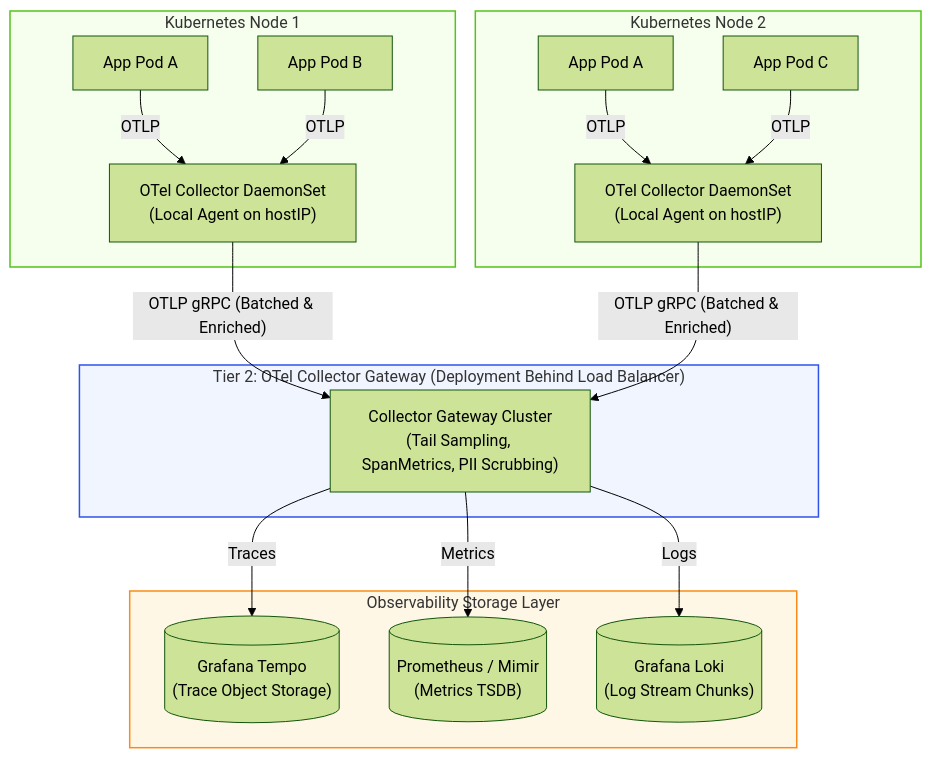
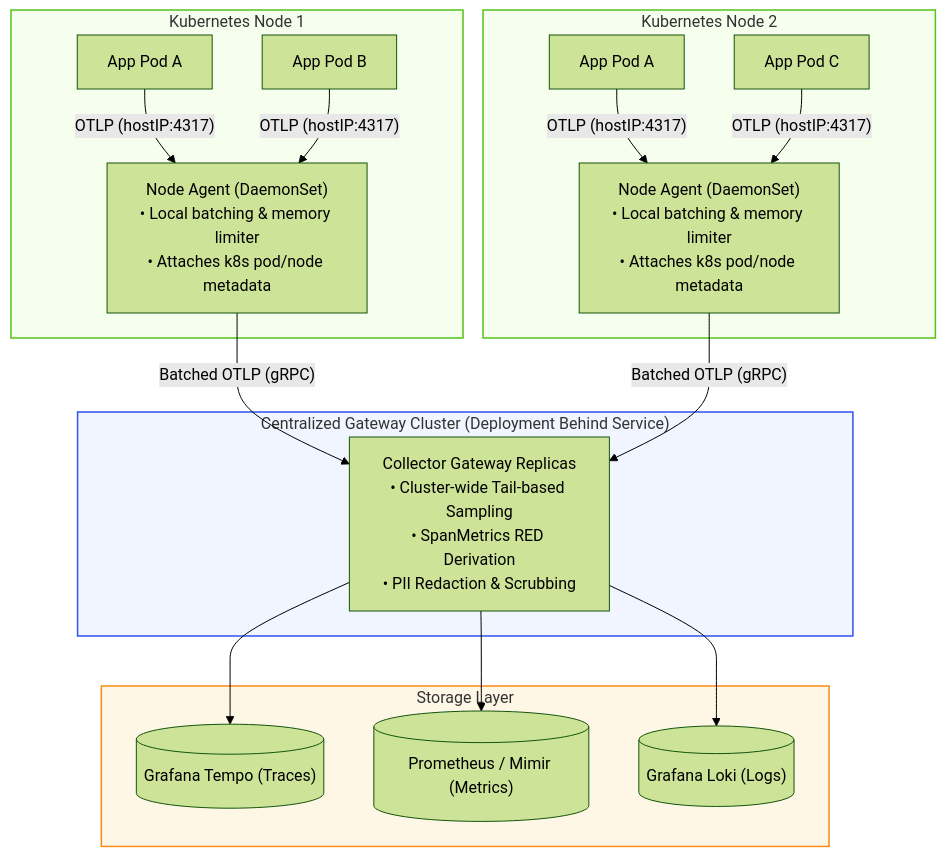
The fifth of 5 diagrams in software-engineer/concept/distributed-systems/observability.md (LyzanderAndrylie/note), drawn with Mermaid (forest theme) before and after one commit. The commit also changed other lines of this file, not shown here.

Commit message:
docs: preserve collector interaction diagram and add 2-tier hybrid architecture section

````diff
--- a/software-engineer/concept/distributed-systems/observability.md
+++ b/software-engineer/concept/distributed-systems/observability.md
@@ -622,39 +744,39 @@
 ```mermaid
 flowchart TD
     subgraph Node1 ["Kubernetes Node 1"]
         AppA1["App Pod A"]
         AppB1["App Pod B"]
-        Agent1["OTel Collector DaemonSet<br/>(Local Agent on hostIP)"]
-        AppA1 -->|"OTLP"| Agent1
-        AppB1 -->|"OTLP"| Agent1
+        Agent1["Node Agent (DaemonSet)<br/>• Local batching & memory limiter<br/>• Attaches k8s pod/node metadata"]
+        AppA1 -->|"OTLP (hostIP:4317)"| Agent1
+        AppB1 -->|"OTLP (hostIP:4317)"| Agent1
     end
 
     subgraph Node2 ["Kubernetes Node 2"]
         AppA2["App Pod A"]
         AppC1["App Pod C"]
-        Agent2["OTel Collector DaemonSet<br/>(Local Agent on hostIP)"]
-        AppA2 -->|"OTLP"| Agent2
-        AppC1 -->|"OTLP"| Agent2
+        Agent2["Node Agent (DaemonSet)<br/>• Local batching & memory limiter<br/>• Attaches k8s pod/node metadata"]
+        AppA2 -->|"OTLP (hostIP:4317)"| Agent2
+        AppC1 -->|"OTLP (hostIP:4317)"| Agent2
     end
 
-    subgraph GatewayTier ["Tier 2: OTel Collector Gateway (Deployment Behind Load Balancer)"]
-        GW["Collector Gateway Cluster<br/>(Tail Sampling, SpanMetrics, PII Scrubbing)"]
+    subgraph GatewayTier ["Centralized Gateway Cluster (Deployment Behind Service)"]
+        GW["Collector Gateway Replicas<br/>• Cluster-wide Tail-based Sampling<br/>• SpanMetrics RED Derivation<br/>• PII Redaction & Scrubbing"]
     end
 
-    subgraph StorageBackends ["Observability Storage Layer"]
-        Tempo[("Grafana Tempo<br/>(Trace Object Storage)")]
-        Prom[("Prometheus / Mimir<br/>(Metrics TSDB)")]
-        Loki[("Grafana Loki<br/>(Log Stream Chunks)")]
+    subgraph StorageBackends ["Storage Layer"]
+        Tempo[("Grafana Tempo (Traces)")]
+        Prom[("Prometheus / Mimir (Metrics)")]
+        Loki[("Grafana Loki (Logs)")]
     end
 
-    Agent1 -->|"OTLP gRPC (Batched & Enriched)"| GW
-    Agent2 -->|"OTLP gRPC (Batched & Enriched)"| GW
-    GW -->|"Traces"| Tempo
-    GW -->|"Metrics"| Prom
-    GW -->|"Logs"| Loki
+    Agent1 -->|"Batched OTLP (gRPC)"| GW
+    Agent2 -->|"Batched OTLP (gRPC)"| GW
+    GW --> Tempo
+    GW --> Prom
+    GW --> Loki
 
     style Node1 fill:#f6ffed,stroke:#52c41a,stroke-width:1.5px
     style Node2 fill:#f6ffed,stroke:#52c41a,stroke-width:1.5px
     style GatewayTier fill:#f0f5ff,stroke:#2f54eb,stroke-width:1.5px
     style StorageBackends fill:#fff7e6,stroke:#fa8c16,stroke-width:1.5px
 ```
````
